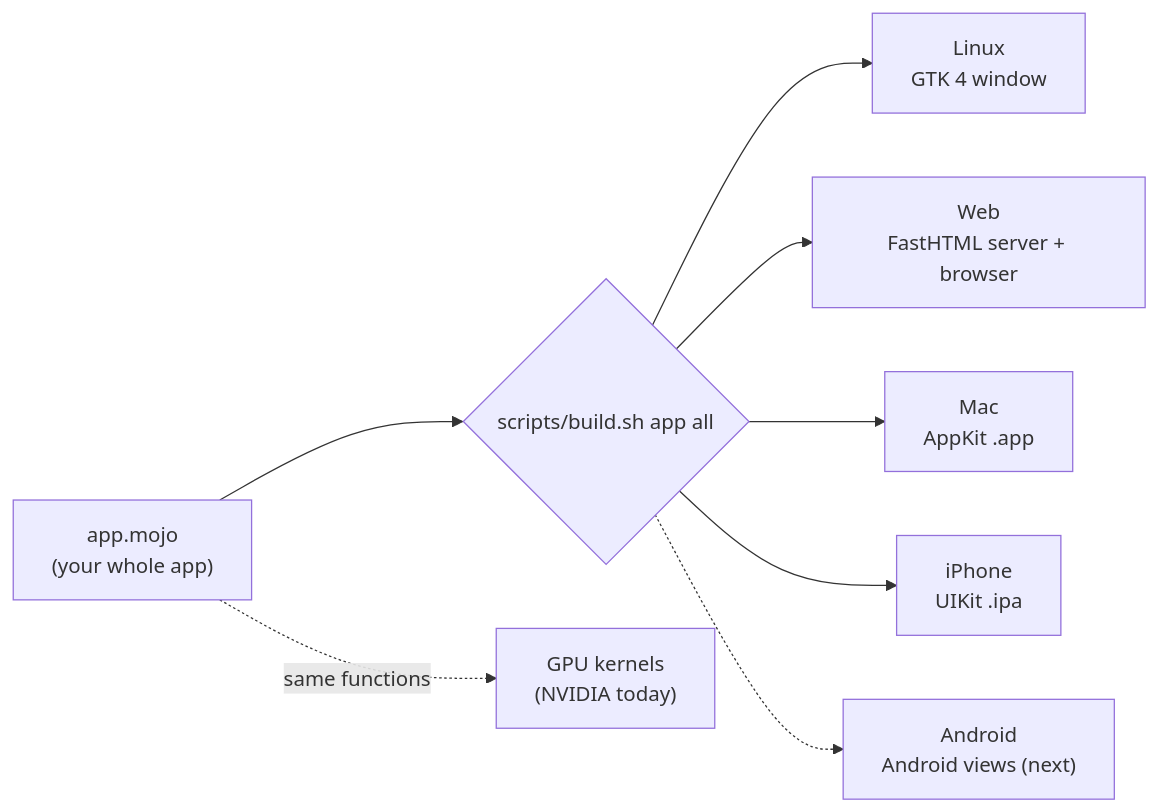
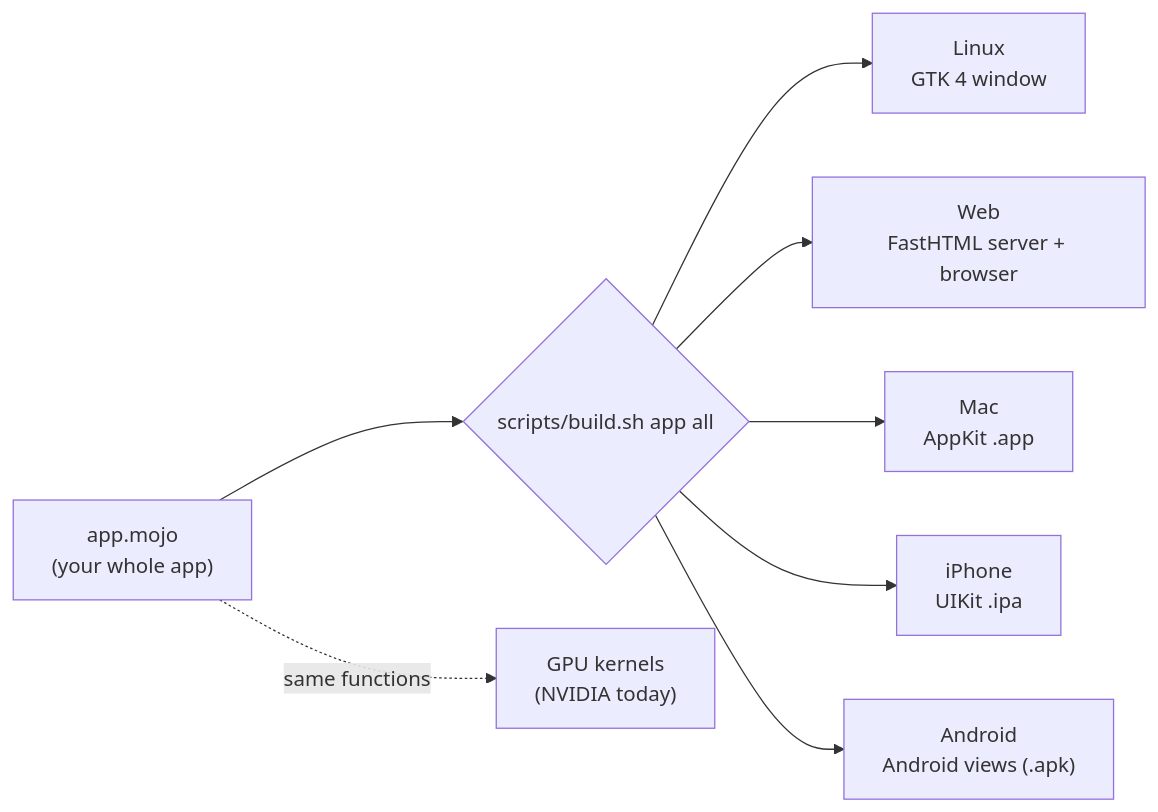
The diagram in README.md (abhisheksreesaila/mxapp), drawn with Mermaid before and after one commit. The commit also changed other lines of this file and 16 other files, not shown here.

````diff
--- a/README.md
+++ b/README.md
@@ -25,10 +25,10 @@
 ```mermaid
 flowchart LR
     A["app.mojo<br/>(your whole app)"] --> B{"scripts/build.sh app all"}
     B --> L["Linux<br/>GTK 4 window"]
     B --> W["Web<br/>FastHTML server + browser"]
     B --> M["Mac<br/>AppKit .app"]
     B --> I["iPhone<br/>UIKit .ipa"]
-    B -.-> D["Android<br/>Android views (next)"]
+    B --> D["Android<br/>Android views (.apk)"]
     A -. "same functions" .-> G["GPU kernels<br/>(NVIDIA today)"]
 ```
````
